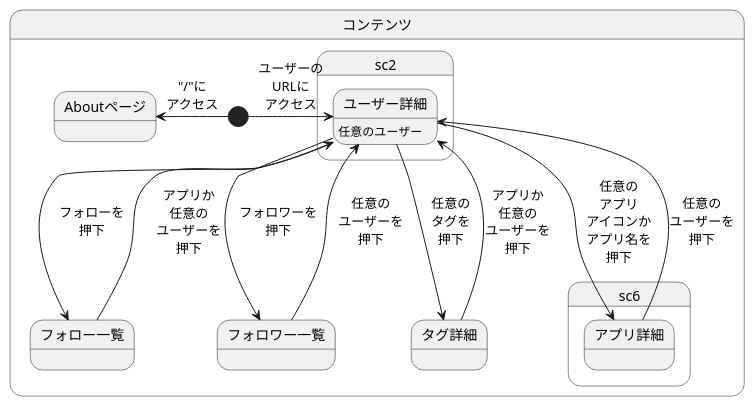
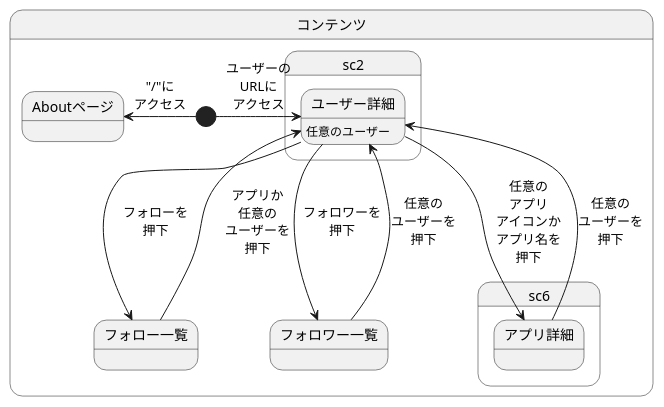
Before and after one commit to MewW6m/Mineso: the third of 6 diagrams in docsMng/2_bd/2.1.2.ScreenFlowDiagram.md, drawn with PlantUML. The commit also changed 564 other files, not shown here.

````diff
--- a/docsMng/2_bd/2.1.2.ScreenFlowDiagram.md
+++ b/docsMng/2_bd/2.1.2.ScreenFlowDiagram.md
@@ -28,22 +28,19 @@
 ```uml
 @startuml
 	state "コンテンツ" as content {
 		state "Aboutページ" as sc1
 		state "ユーザー詳細" as sc2.1 : 任意のユーザー
 		state "フォロー一覧" as sc3
 		state "フォロワー一覧" as sc4
-		state "タグ詳細" as sc5
 		state "アプリ詳細" as sc6.1
 		[*] -left-> sc1 : "/"に\nアクセス
 		[*] -right-> sc2.1 : ユーザーの\nURLに\nアクセス
 		sc2.1 --> sc3 : フォローを\n押下
 		sc3 --> sc2.1 : アプリか\n任意の\nユーザーを\n押下
 		sc2.1 --> sc4 : フォロワーを\n押下
 		sc4 --> sc2.1 : 任意の\nユーザーを\n押下
-		sc2.1 --> sc5 : 任意の\nタグを\n押下
-		sc5 --> sc2.1 : アプリか\n任意の\nユーザーを\n押下
 		sc2.1 --> sc6.1 : 任意の\nアプリ\nアイコンか\nアプリ名を\n押下
 		sc6.1 --> sc2.1 : 任意の\nユーザーを\n押下
 	}
 @enduml
 ```
````
